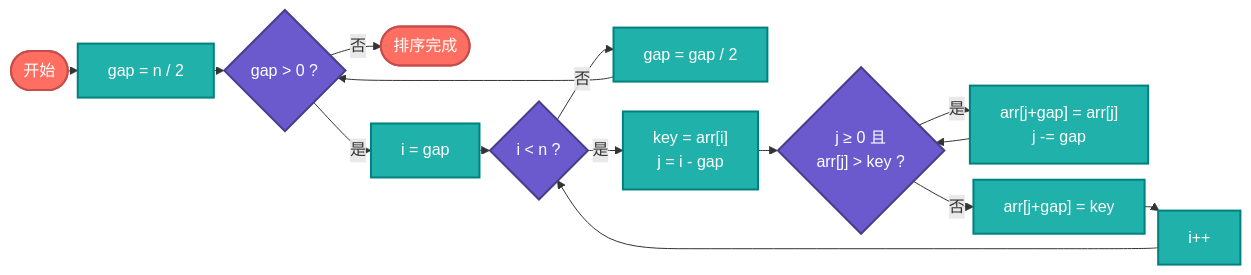
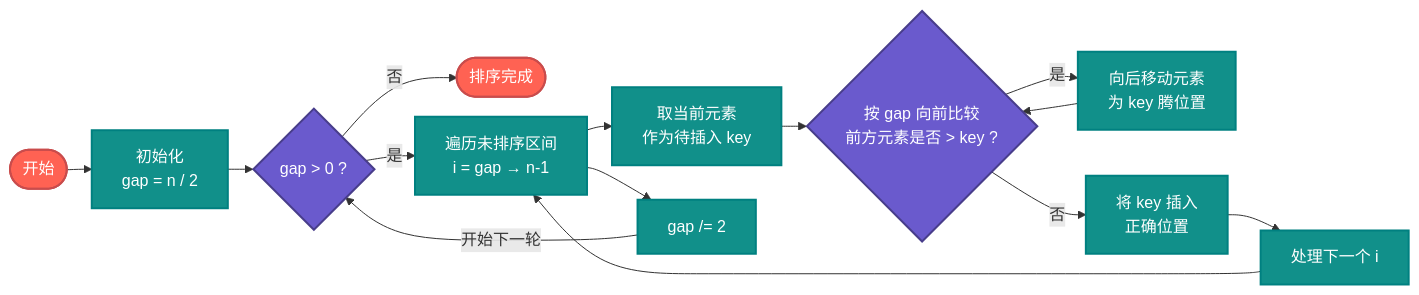
One commit to microwind/algorithms changed the sixth of 15 diagrams in sorting/AI-Era-Top-10-Sorting-Algorithms.md. Above: the diagram before and after it, drawn with Mermaid. The commit also changed other lines of this file and 2 other files, not shown here.

````diff
--- a/sorting/AI-Era-Top-10-Sorting-Algorithms.md
+++ b/sorting/AI-Era-Top-10-Sorting-Algorithms.md
@@ -331,28 +339,32 @@
 ```mermaid
-%%{init: {'flowchart': {'nodeSpacing': 10, 'rankSpacing': 10, 'padding': 15}}}%%
+%%{init: {'flowchart': {'nodeSpacing': 20, 'rankSpacing': 25, 'padding': 15}}}%%
 graph LR
-    S(["开始"]) --> GAP["gap = n / 2"]
+
+    S(["开始"]) --> GAP["初始化<br>gap = n / 2"]
+
     GAP --> GCHK{"gap > 0 ?"}
     GCHK -->|"否"| END(["排序完成"])
-    GCHK -->|"是"| IINIT["i = gap"]
-    IINIT --> ICHK{"i < n ?"}
-    ICHK -->|"否"| GSHR["gap = gap / 2"]
-    GSHR --> GCHK
-    ICHK -->|"是"| KEY["key = arr[i]\nj = i - gap"]
-    KEY --> INNER{"j ≥ 0 且\narr[j] > key ?"}
-    INNER -->|"是"| SHIFT["arr[j+gap] = arr[j]\nj -= gap"]
+    GCHK -->|"是"| OUTER["遍历未排序区间<br>i = gap → n-1"]
+
+    OUTER --> KEY["取当前元素<br>作为待插入 key"]
+
+    KEY --> INNER{"按 gap 向前比较<br>前方元素是否 > key ?"}
+    INNER -->|"是"| SHIFT["向后移动元素<br>为 key 腾位置"]
     SHIFT --> INNER
-    INNER -->|"否"| PLACE["arr[j+gap] = key"]
-    PLACE --> INC["i++"]
-    INC --> ICHK
+    INNER -->|"否"| PLACE["将 key 插入<br>正确位置"]
 
-    %% 节点配色
-    classDef start fill:#ff6f61,color:#fff,stroke:#c94c4c,stroke-width:2px
+    PLACE --> NEXT["处理下一个 i"]
+    NEXT --> OUTER
+
+    OUTER --> GSHR["gap /= 2"]
+    GSHR --> |"开始下一轮"| GCHK
+
+    %% 样式
+    classDef start fill:#FF6253,color:#fff,stroke:#c94c4c,stroke-width:2px
     classDef decision fill:#6a5acd,color:#fff,stroke:#483d8b,stroke-width:2px
-    classDef process fill:#20b2aa,color:#fff,stroke:#008080,stroke-width:2px
+    classDef process fill:#11908A,color:#fff,stroke:#008080,stroke-width:2px
 
-    %% 应用样式
     class S,END start
-    class GCHK,ICHK,INNER decision
-    class GAP,IINIT,KEY,SHIFT,PLACE,INC,GSHR process
+    class GCHK,INNER decision
+    class GAP,OUTER,KEY,SHIFT,PLACE,NEXT,GSHR process
 ```
````
